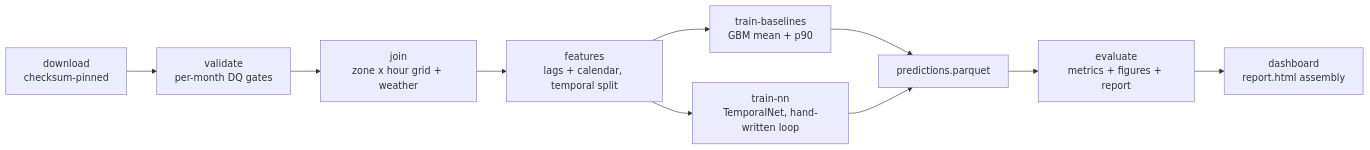
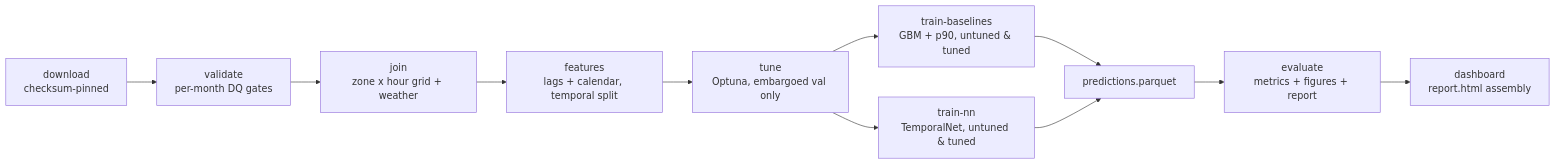
Before and after one commit to amm-ds/portfolio: the diagram in projects/07-open-data-mobility/DESIGN.md, drawn with Mermaid. The commit also changed other lines of this file and 93 other files, not shown here.

Commit message:
feat(projects): wave-3 production depth — Optuna HPO, honest model selection, tuned runs, storytelling visualizations across all 7 projects

````diff
--- a/projects/07-open-data-mobility/DESIGN.md
+++ b/projects/07-open-data-mobility/DESIGN.md
@@ -85,12 +114,13 @@
 ```mermaid
 flowchart LR
     A[download<br/>checksum-pinned] --> B[validate<br/>per-month DQ gates]
     B --> C[join<br/>zone x hour grid + weather]
     C --> D[features<br/>lags + calendar, temporal split]
-    D --> E[train-baselines<br/>GBM mean + p90]
-    D --> F[train-nn<br/>TemporalNet, hand-written loop]
+    D --> T[tune<br/>Optuna, embargoed val only]
+    T --> E[train-baselines<br/>GBM + p90, untuned & tuned]
+    T --> F[train-nn<br/>TemporalNet, untuned & tuned]
     E --> G[predictions.parquet]
     F --> G
     G --> H[evaluate<br/>metrics + figures + report]
     H --> I[dashboard<br/>report.html assembly]
 ```
````
